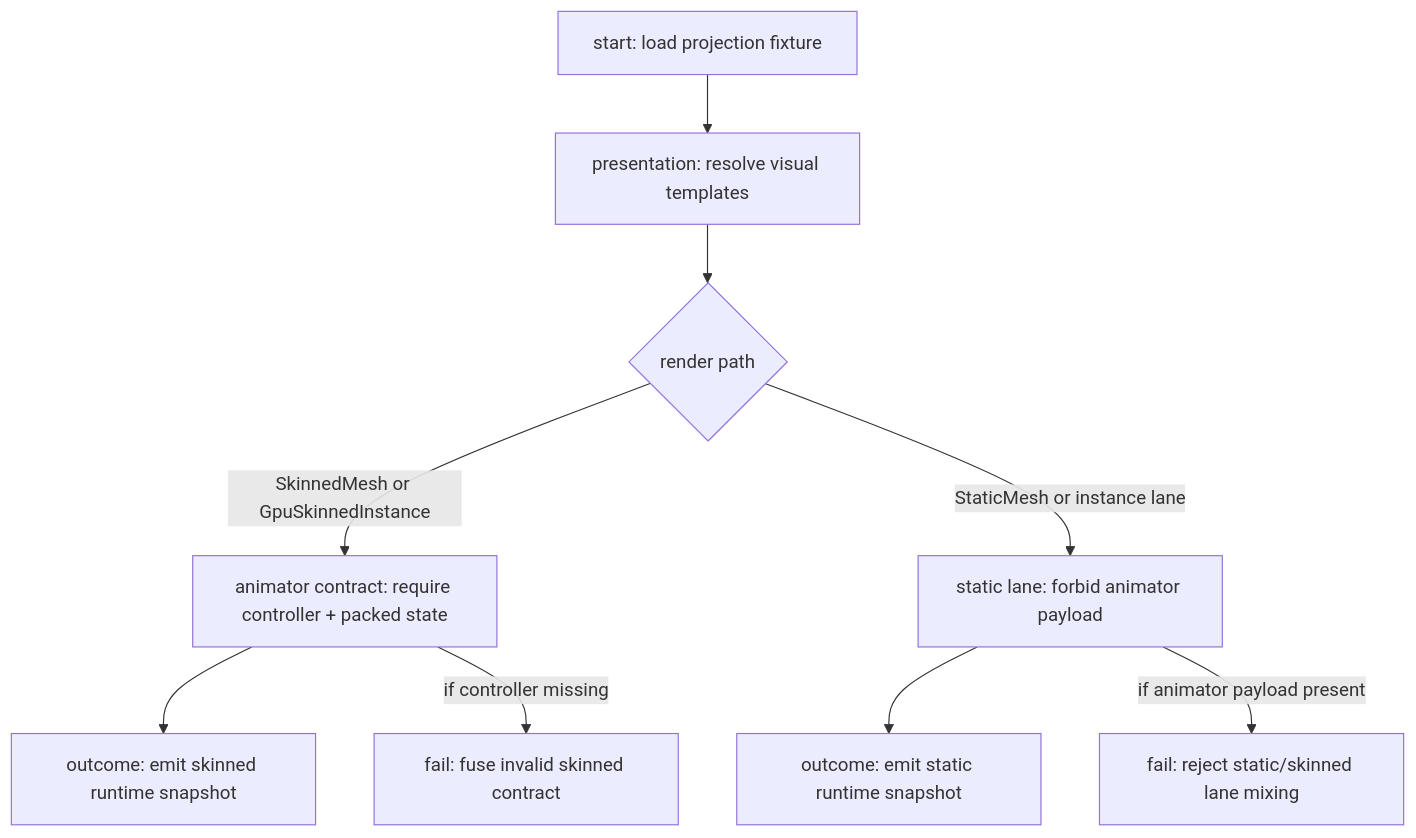
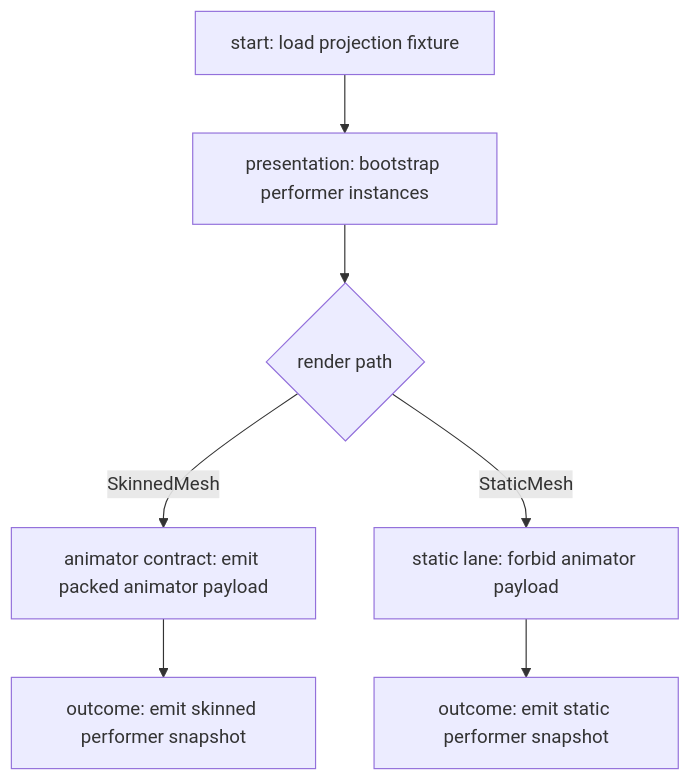
Before and after one commit to MightyBubble/Ludots: the diagram in artifacts/acceptance/presentation-skinned-runtime-contract/path.mmd, drawn with Mermaid. The commit also changed 137 other files, not shown here.

First line of the commit message:
Migrate all systems to entity-backed PerformerEntityRuntime

```diff
--- a/artifacts/acceptance/presentation-skinned-runtime-contract/path.mmd
+++ b/artifacts/acceptance/presentation-skinned-runtime-contract/path.mmd
@@ -1,9 +1,7 @@
 flowchart TD
-    A[start: load projection fixture] --> B[presentation: resolve visual templates]
+    A[start: load projection fixture] --> B[presentation: bootstrap performer instances]
     B --> C{render path}
-    C -->|SkinnedMesh or GpuSkinnedInstance| D[animator contract: require controller + packed state]
-    C -->|StaticMesh or instance lane| E[static lane: forbid animator payload]
-    D --> F[outcome: emit skinned runtime snapshot]
-    E --> G[outcome: emit static runtime snapshot]
-    D -->|if controller missing| H[fail: fuse invalid skinned contract]
-    E -->|if animator payload present| I[fail: reject static/skinned lane mixing]
+    C -->|SkinnedMesh| D[animator contract: emit packed animator payload]
+    C -->|StaticMesh| E[static lane: forbid animator payload]
+    D --> F[outcome: emit skinned performer snapshot]
+    E --> G[outcome: emit static performer snapshot]
```
